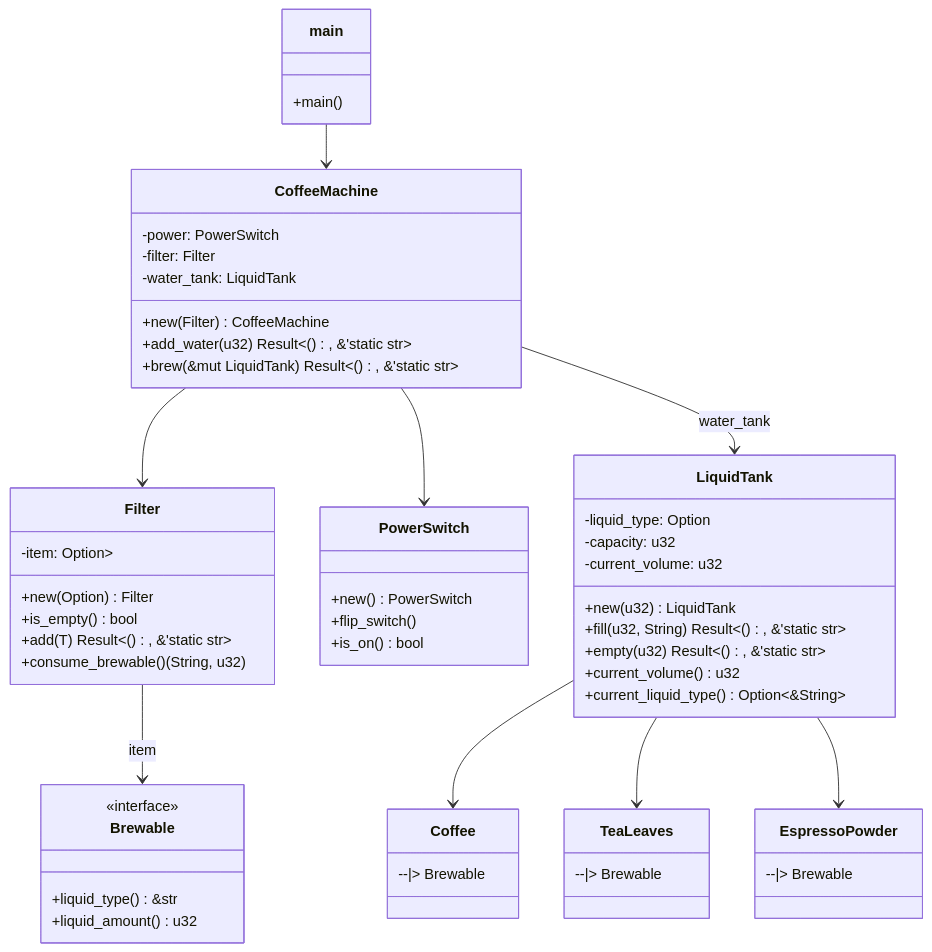
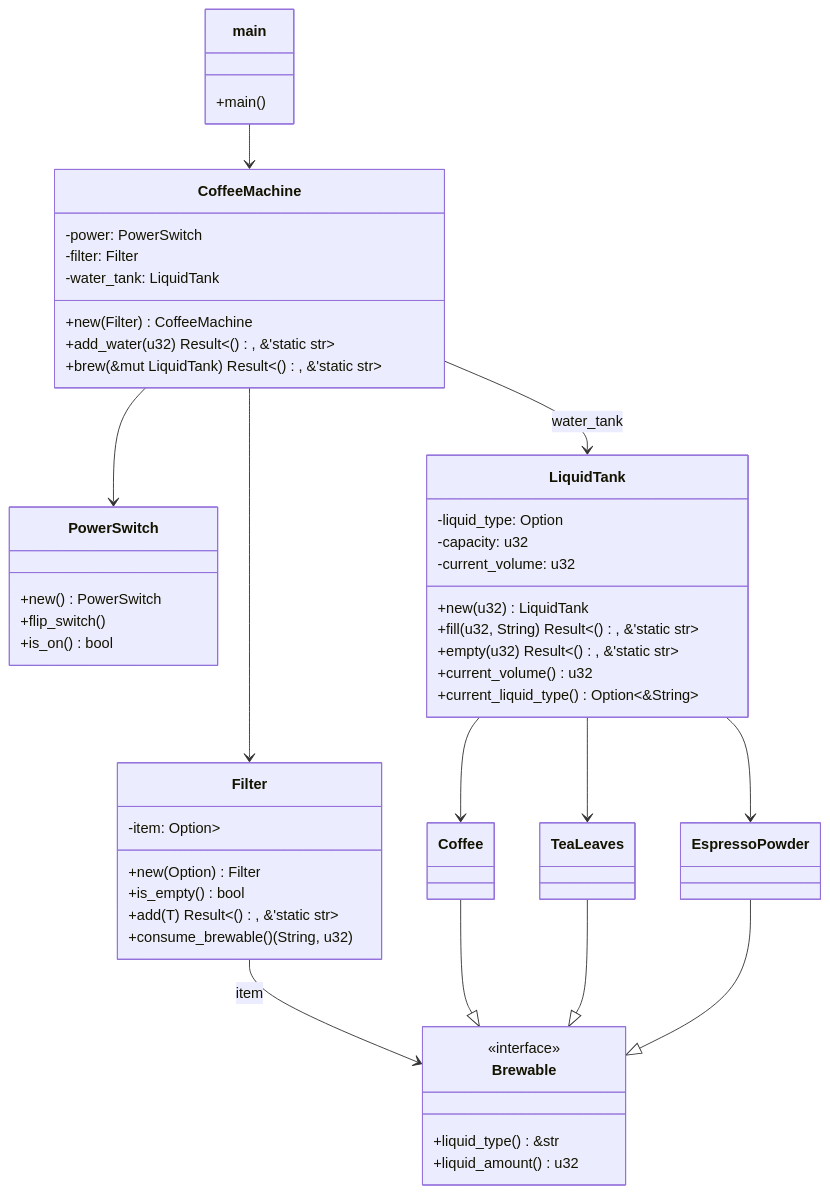
Before and after one commit to emils0/Rust-OOP: the diagram in coffee-machine/README.md, drawn with Mermaid.

Commit message:
Changed diagram.

````diff
--- a/coffee-machine/README.md
+++ b/coffee-machine/README.md
@@ -3,67 +3,67 @@
 ```mermaid
 classDiagram
     class main{
         +main()
     }
 
     class CoffeeMachine{
         +new(Filter) CoffeeMachine
         +add_water(u32) Result<(), &'static str>
         +brew(&mut LiquidTank) Result<(), &'static str>
         -power: PowerSwitch
         -filter: Filter
         -water_tank: LiquidTank
     }
 
     class Brewable{
         <<interface>>
         +liquid_type() &str
         +liquid_amount() u32
     }
 
     class Coffee{
-        --|> Brewable
     }
 
     class TeaLeaves{
-        --|> Brewable
     }
 
     class EspressoPowder{
-        --|> Brewable
     }
 
     class Filter{
         +new(Option<T>) Filter
         +is_empty() bool
         +add(T) Result<(), &'static str>
         +consume_brewable() (String, u32)
         -item: Option<Box<dyn Brewable>>
     }
 
     class PowerSwitch{
         +new() PowerSwitch
         +flip_switch()
         +is_on() bool
     }
 
     class LiquidTank{
         +new(u32) LiquidTank
         +fill(u32, String) Result<(), &'static str>
         +empty(u32) Result<(), &'static str>
         +current_volume() u32
         +current_liquid_type() Option<&String>
         -liquid_type: Option<String>
         -capacity: u32
         -current_volume: u32
     }
 
     main --> CoffeeMachine
     CoffeeMachine --> PowerSwitch
     CoffeeMachine --> Filter
     CoffeeMachine --> LiquidTank: water_tank
     Filter --> Brewable: item
     LiquidTank --> Coffee
     LiquidTank --> TeaLeaves
     LiquidTank --> EspressoPowder
+    Coffee --|> Brewable
+    TeaLeaves --|> Brewable
+    EspressoPowder --|> Brewable
 ```
````
